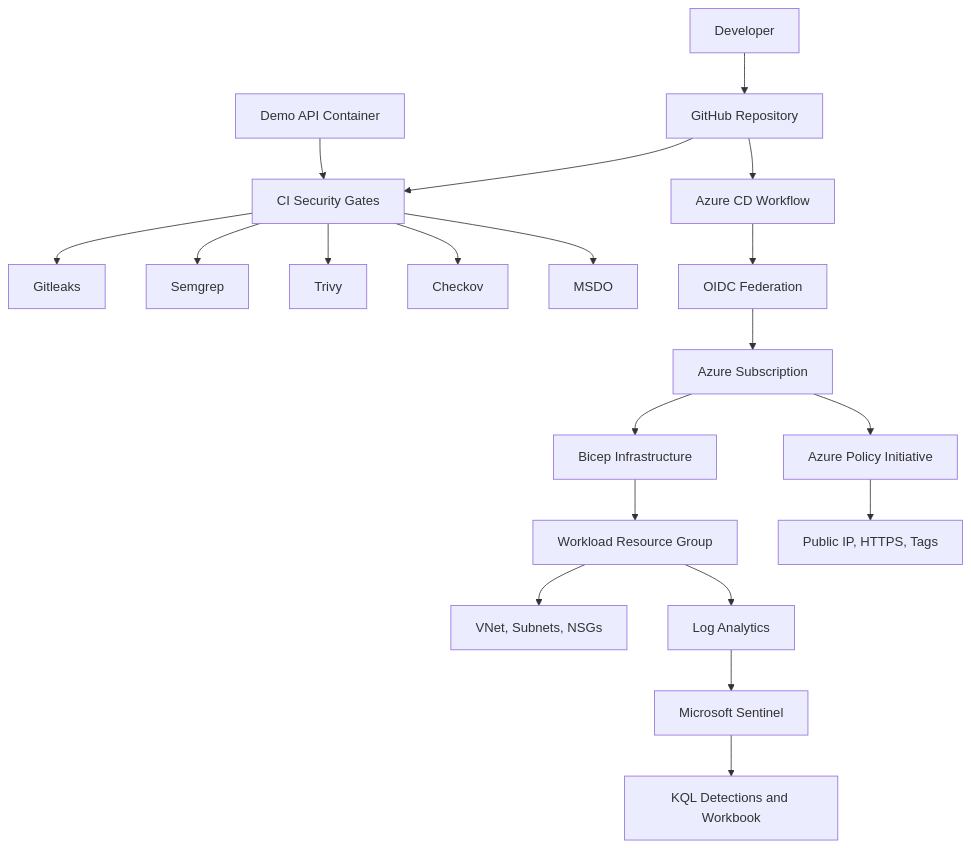
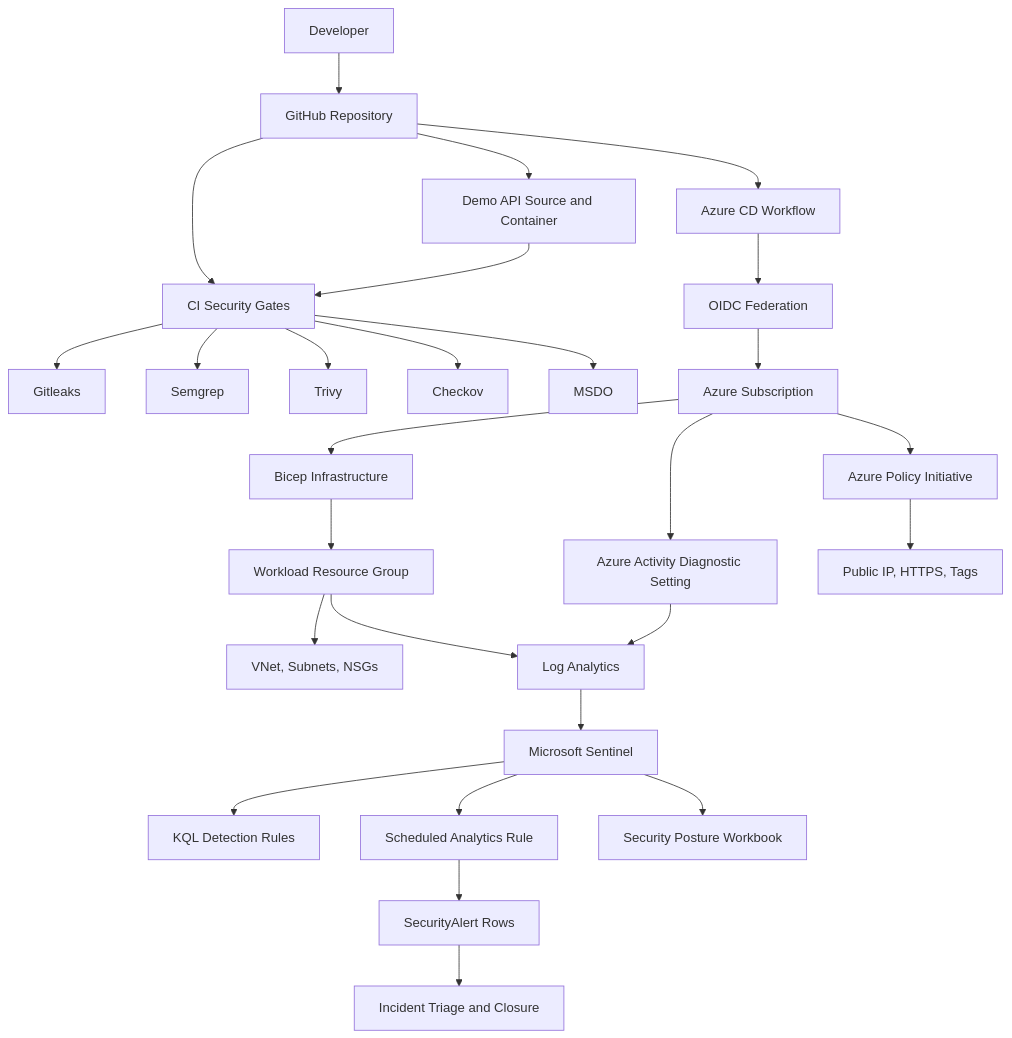
Before and after one commit to ronnakrit303/azure-zerotrust-pipeline: the diagram in README.md, drawn with Mermaid. The commit also changed other lines of this file, not shown here.

````diff
--- a/README.md
+++ b/README.md
@@ -29,25 +144,32 @@
 ```mermaid
 flowchart TB
     developer[Developer] --> repo[GitHub Repository]
+    repo --> app[Demo API Source and Container]
     repo --> ci[CI Security Gates]
+    app --> ci
     ci --> gitleaks[Gitleaks]
     ci --> semgrep[Semgrep]
     ci --> trivy[Trivy]
     ci --> checkov[Checkov]
     ci --> msdo[MSDO]
 
     repo --> cd[Azure CD Workflow]
     cd --> oidc[OIDC Federation]
     oidc --> azure[Azure Subscription]
 
     azure --> infra[Bicep Infrastructure]
     infra --> rg[Workload Resource Group]
     rg --> network[VNet, Subnets, NSGs]
     rg --> law[Log Analytics]
+    azure --> activity[Azure Activity Diagnostic Setting]
+    activity --> law
     law --> sentinel[Microsoft Sentinel]
 
     azure --> policy[Azure Policy Initiative]
     policy --> governance[Public IP, HTTPS, Tags]
-    sentinel --> detections[KQL Detections and Workbook]
-    app[Demo API Container] --> ci
+    sentinel --> detections[KQL Detection Rules]
+    sentinel --> scheduled[Scheduled Analytics Rule]
+    sentinel --> workbook[Security Posture Workbook]
+    scheduled --> alerts[SecurityAlert Rows]
+    alerts --> incident[Incident Triage and Closure]
 ```
````
